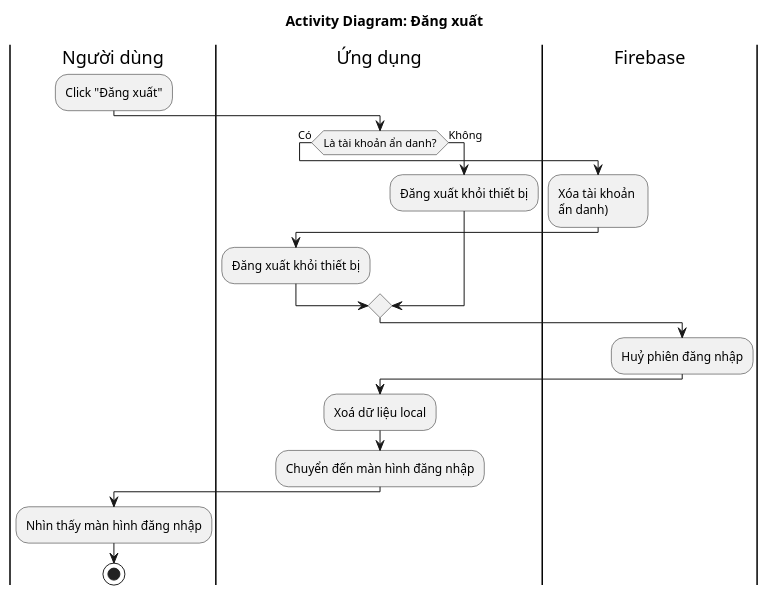
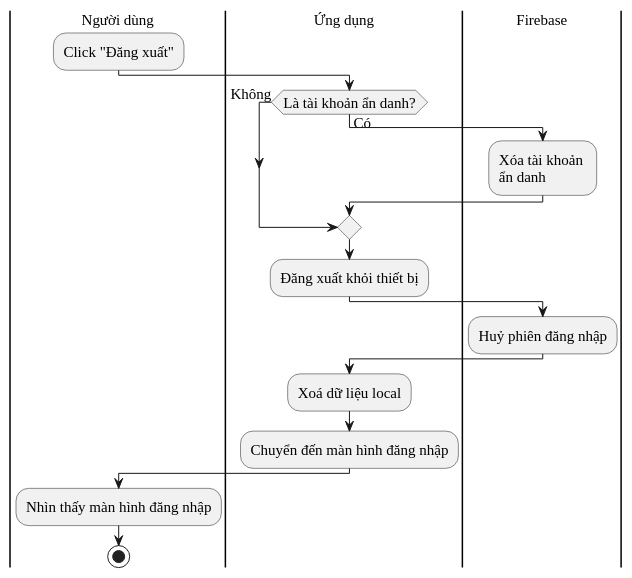
Before and after one commit to thecodinglife320/CookGood: the diagram in diagram/sign_out.puml, drawn with PlantUML. The commit also changed 57 other files, not shown here.

```diff
--- a/diagram/sign_out.puml
+++ b/diagram/sign_out.puml
@@ -1,26 +1,26 @@
 @startuml
-title Activity Diagram: Đăng xuất
+skinparam DefaultFontName "Liberation Serif"
+skinparam DefaultFontSize 15
 
 |Người dùng|
 :Click "Đăng xuất";
 |Ứng dụng|
 if (Là tài khoản ẩn danh?) then (Có)
   |Firebase|
-  :Xóa tài khoản \nẩn danh);
+  :Xóa tài khoản \nẩn danh;
   |Ứng dụng|
-  :Đăng xuất khỏi thiết bị;
 else (Không)
   |Ứng dụng|
+endif
   :Đăng xuất khỏi thiết bị;
-endif
 
 |Firebase|
 :Huỷ phiên đăng nhập;
 |Ứng dụng|
 :Xoá dữ liệu local;
 :Chuyển đến màn hình đăng nhập;
 |Người dùng|
 :Nhìn thấy màn hình đăng nhập;
 
 stop
 @enduml
```
